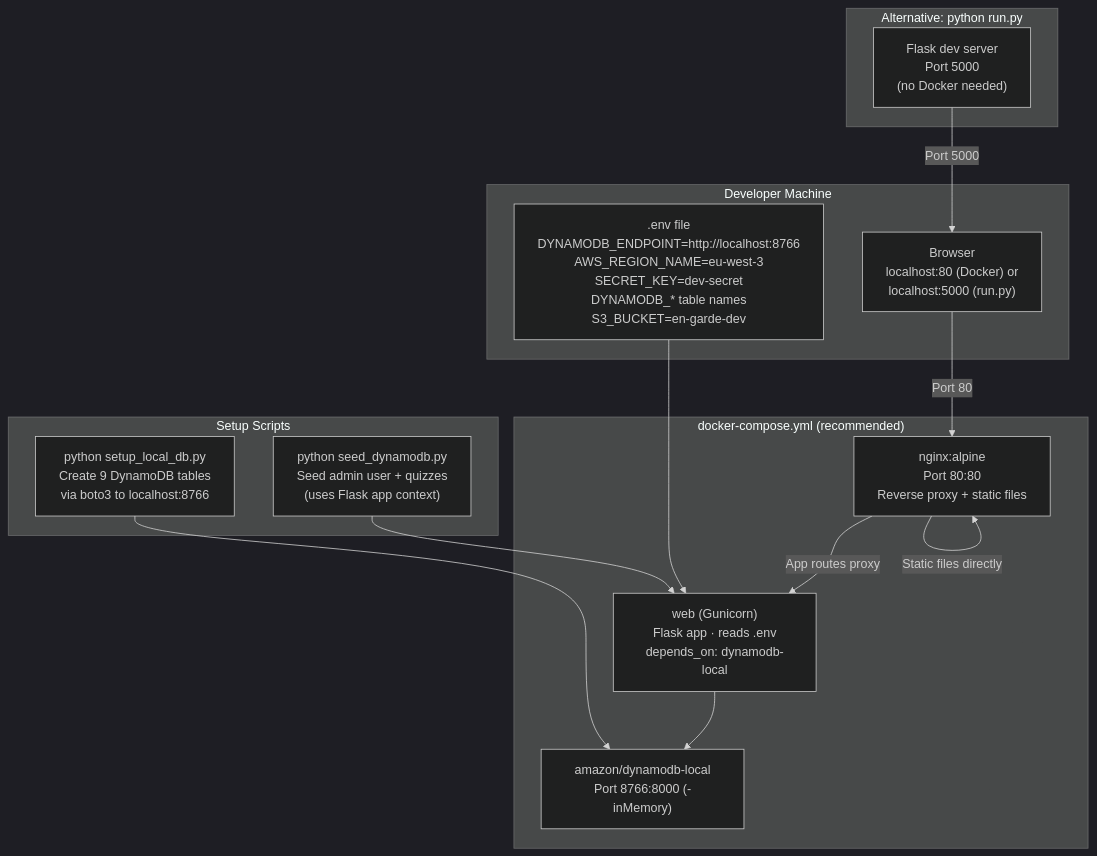
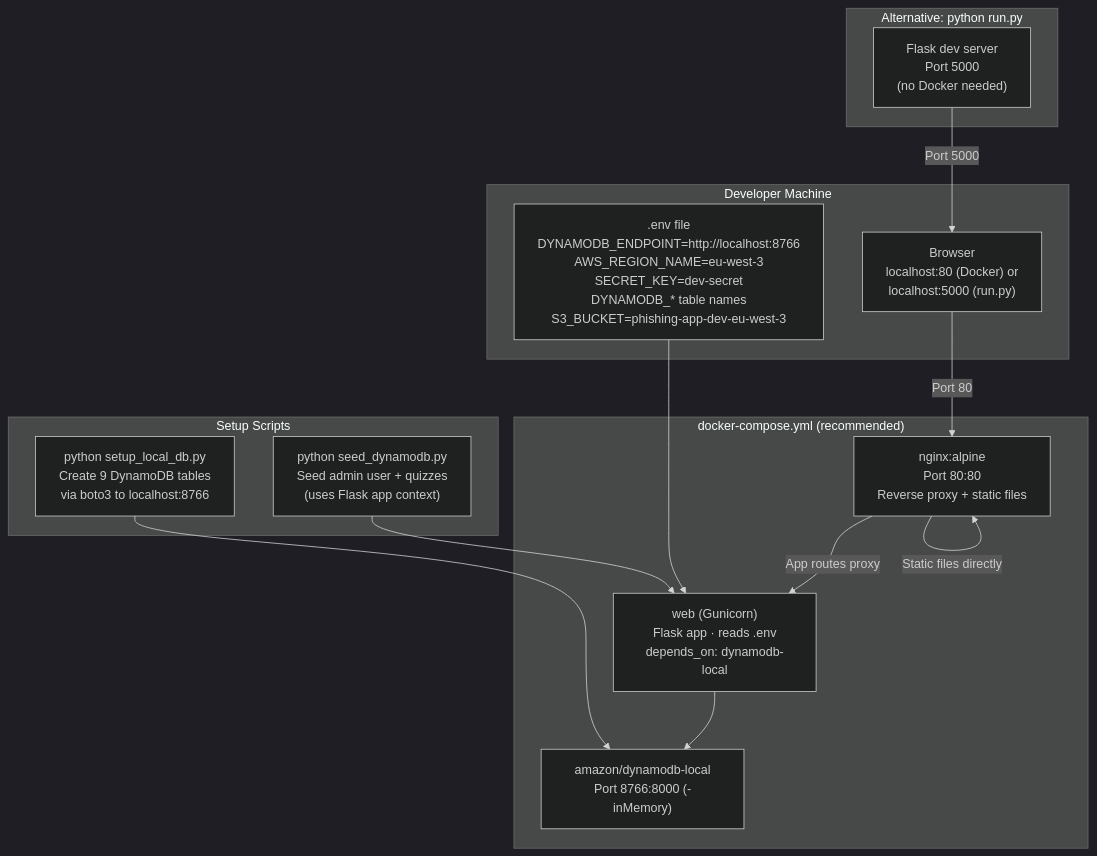
One commit to Panacota96/master-Project-Phishing changed the tenth of 10 diagrams in documentation/ARCHITECTURE.md. Above: the diagram before and after it, drawn with Mermaid (dark theme). The commit also changed other lines of this file and 21 other files, not shown here.

````diff
--- a/documentation/ARCHITECTURE.md
+++ b/documentation/ARCHITECTURE.md
@@ -547,31 +559,31 @@
 ```mermaid
 graph TD
     subgraph Host["Developer Machine"]
         Browser["Browser\nlocalhost:80 (Docker) or\nlocalhost:5000 (run.py)"]
-        DotEnv[".env file\nDYNAMODB_ENDPOINT=http://localhost:8766\nAWS_REGION_NAME=eu-west-3\nSECRET_KEY=dev-secret\nDYNAMODB_* table names\nS3_BUCKET=en-garde-dev"]
+        DotEnv[".env file\nDYNAMODB_ENDPOINT=http://localhost:8766\nAWS_REGION_NAME=eu-west-3\nSECRET_KEY=dev-secret\nDYNAMODB_* table names\nS3_BUCKET=phishing-app-dev-eu-west-3"]
     end
 
     subgraph DockerCompose["docker-compose.yml (recommended)"]
         Nginx["nginx:alpine\nPort 80:80\nReverse proxy + static files"]
         Web["web (Gunicorn)\nFlask app · reads .env\ndepends_on: dynamodb-local"]
         DDBLocal["amazon/dynamodb-local\nPort 8766:8000 (-inMemory)"]
     end
 
     subgraph Setup["Setup Scripts"]
         SetupDB["python setup_local_db.py\nCreate 9 DynamoDB tables\nvia boto3 to localhost:8766"]
         SeedDB["python seed_dynamodb.py\nSeed admin user + quizzes\n(uses Flask app context)"]
     end
 
     subgraph AltRun["Alternative: python run.py"]
         RunPy["Flask dev server\nPort 5000\n(no Docker needed)"]
     end
 
     Browser -->|Port 80| Nginx
     Nginx -->|Static files directly| Nginx
     Nginx -->|App routes proxy| Web
     Web --> DDBLocal
     DotEnv --> Web
     SetupDB --> DDBLocal
     SeedDB --> Web
     RunPy -->|Port 5000| Browser
 ```
````
